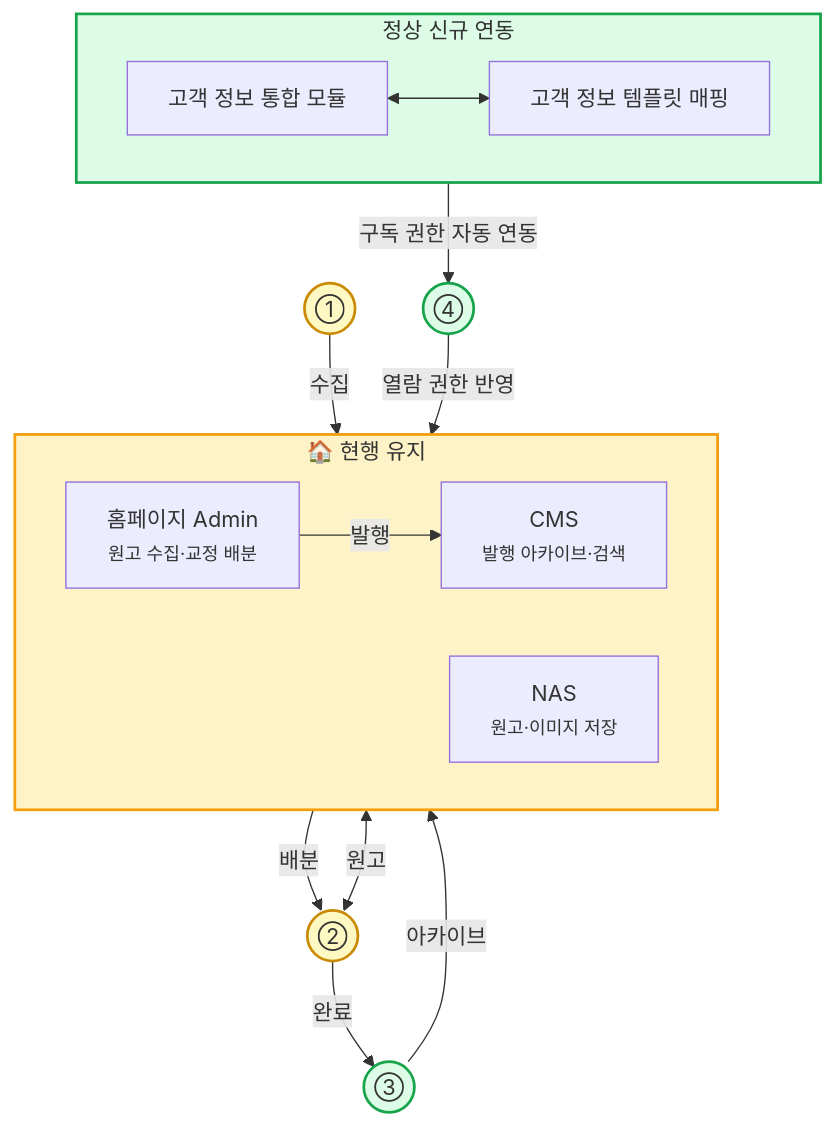
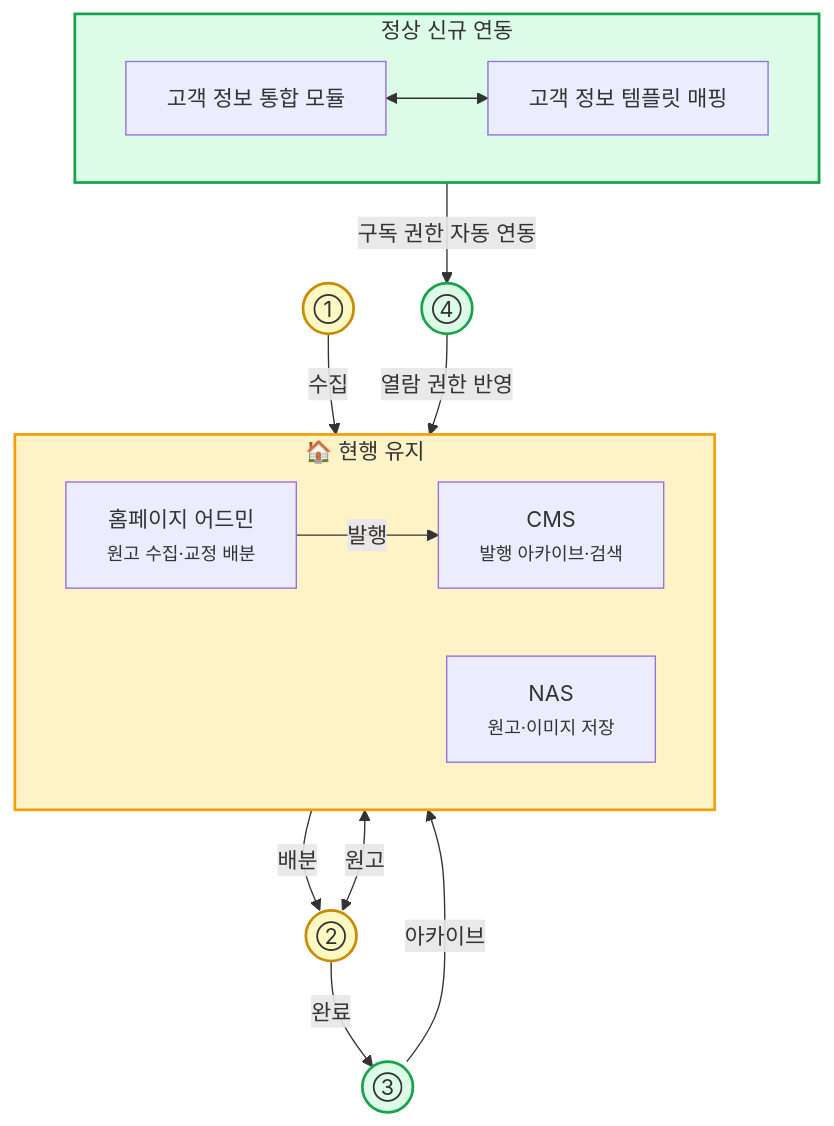
The fifth of 7 diagrams in src/content/docs/goodthinking-isp/04-design/entity-map-tobe.md (sknkwoxs/manual-book), drawn with Mermaid before and after one commit. The commit also changed other lines of this file and 27 other files, not shown here.

````diff
--- a/src/content/docs/goodthinking-isp/04-design/entity-map-tobe.md
+++ b/src/content/docs/goodthinking-isp/04-design/entity-map-tobe.md
@@ -295,39 +295,39 @@
 ```mermaid
 flowchart TB
     subgraph SYS_LEGACY["🏠 현행 유지"]
         direction LR
-        HP_ADMIN["홈페이지 Admin<br/><small>원고 수집·교정 배분</small>"]
+        HP_ADMIN["홈페이지 어드민<br/><small>원고 수집·교정 배분</small>"]
         CMS["CMS<br/><small>발행 아카이브·검색</small>"]
         NAS["NAS<br/><small>원고·이미지 저장</small>"]
         HP_ADMIN -->|"발행"| CMS
     end
     subgraph SYS_NEW["정상 신규 연동"]
         direction LR
         WEB_API["고객 정보 통합 모듈"]
         API_MAP["고객 정보 템플릿 매핑"]
         WEB_API <--> API_MAP
     end
 
     P1(("①"))
     P2(("②"))
     P3(("③"))
     P4(("④"))
 
     %% 업무 흐름 - 콘텐츠 제작
     P1 -->|"수집"| HP_ADMIN
     HP_ADMIN -->|"배분"| P2
     NAS <-->|"원고"| P2
     P2 -->|"완료"| P3
     P3 -->|"아카이브"| CMS
 
     %% 업무 흐름 - 권한 연동 (분리 경로)
     API_MAP -->|"구독 권한 자동 연동"| P4
     P4 -->|"열람 권한 반영"| CMS
 
     style SYS_LEGACY fill:#fef3c7,stroke:#f59e0b,stroke-width:2px
     style SYS_NEW fill:#dcfce7,stroke:#16a34a,stroke-width:2px
     style P1 fill:#fef9c3,stroke:#ca8a04,stroke-width:2px
     style P2 fill:#fef9c3,stroke:#ca8a04,stroke-width:2px
     style P3 fill:#dcfce7,stroke:#16a34a,stroke-width:2px
     style P4 fill:#dcfce7,stroke:#16a34a,stroke-width:2px
 ```
````
